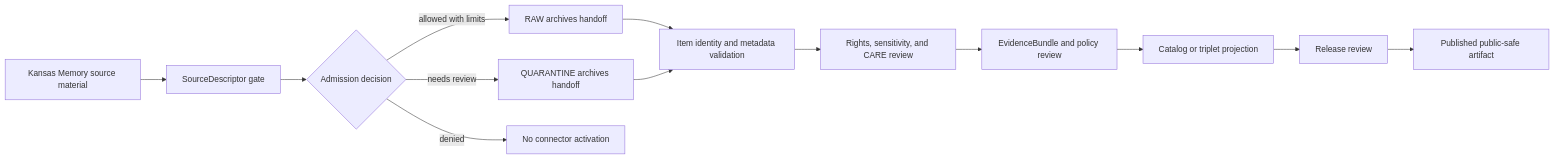
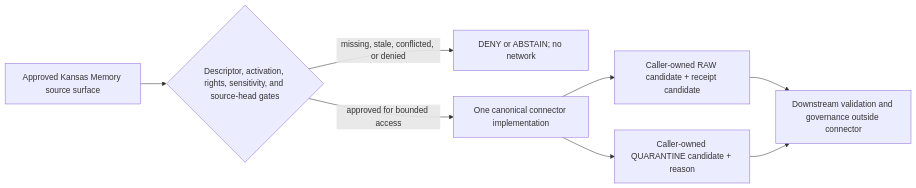
Before and after one commit to bartytime4life/Kansas-Frontier-Matrix: the diagram in connectors/kansas_memory/README.md, drawn with Mermaid. The commit also changed other lines of this file, not shown here.

Commit message:
docs(connectors): revise Kansas Memory compatibility boundary

````diff
--- a/connectors/kansas_memory/README.md
+++ b/connectors/kansas_memory/README.md
@@ -145,15 +406,10 @@
 ```mermaid
 flowchart LR
-  A[Kansas Memory source material] --> B[SourceDescriptor gate]
-  B --> C{Admission decision}
-  C -->|allowed with limits| D[RAW archives handoff]
-  C -->|needs review| Q[QUARANTINE archives handoff]
-  C -->|denied| X[No connector activation]
-  D --> E[Item identity and metadata validation]
-  Q --> E
-  E --> F[Rights, sensitivity, and CARE review]
-  F --> G[EvidenceBundle and policy review]
-  G --> H[Catalog or triplet projection]
-  H --> I[Release review]
-  I --> P[Published public-safe artifact]
+    S["Approved Kansas Memory source surface"] --> G{"Descriptor, activation, rights, sensitivity, and source-head gates"}
+    G -->|"missing, stale, conflicted, or denied"| X["DENY or ABSTAIN; no network"]
+    G -->|"approved for bounded access"| C["One canonical connector implementation"]
+    C --> R["Caller-owned RAW candidate + receipt candidate"]
+    C --> Q["Caller-owned QUARANTINE candidate + reason"]
+    R --> D["Downstream validation and governance outside connector"]
+    Q --> D
 ```
````
